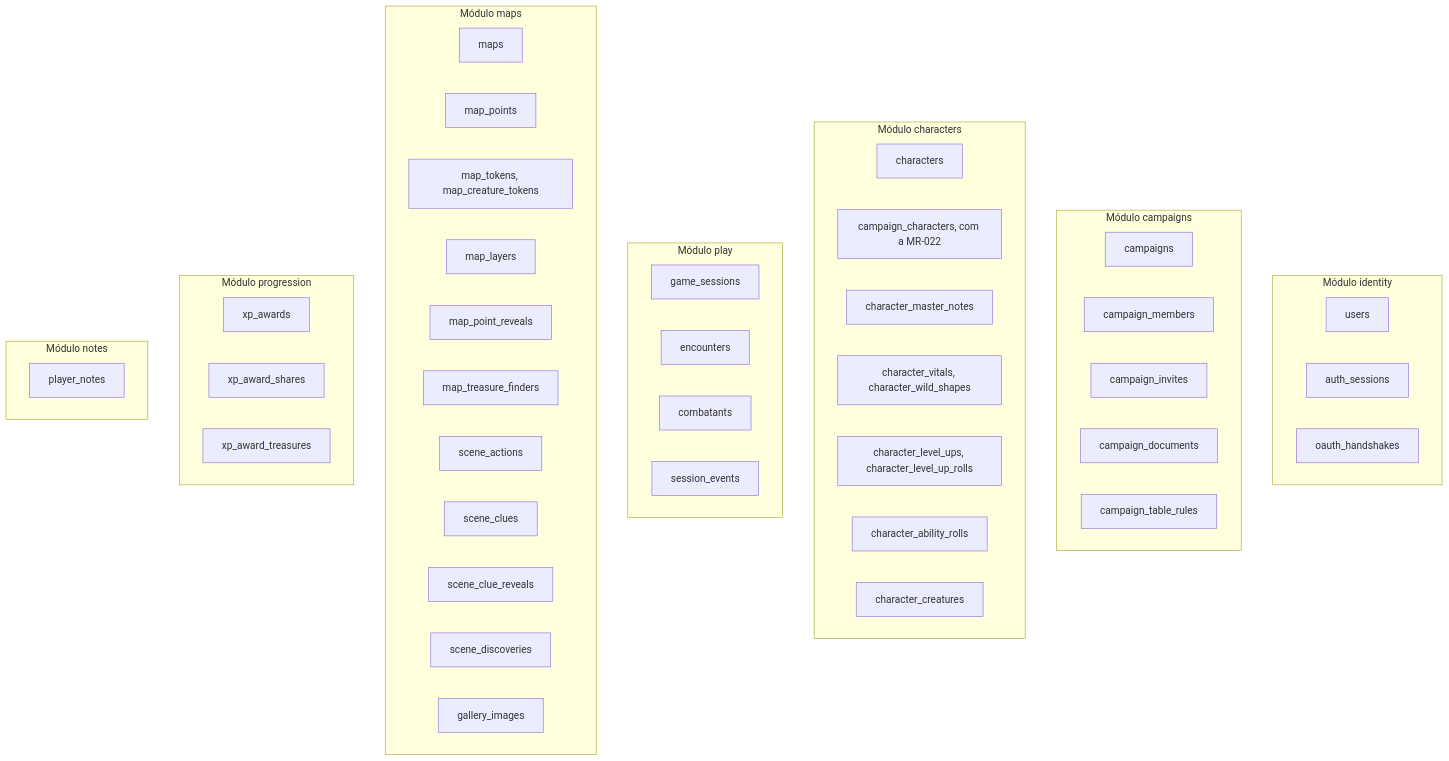
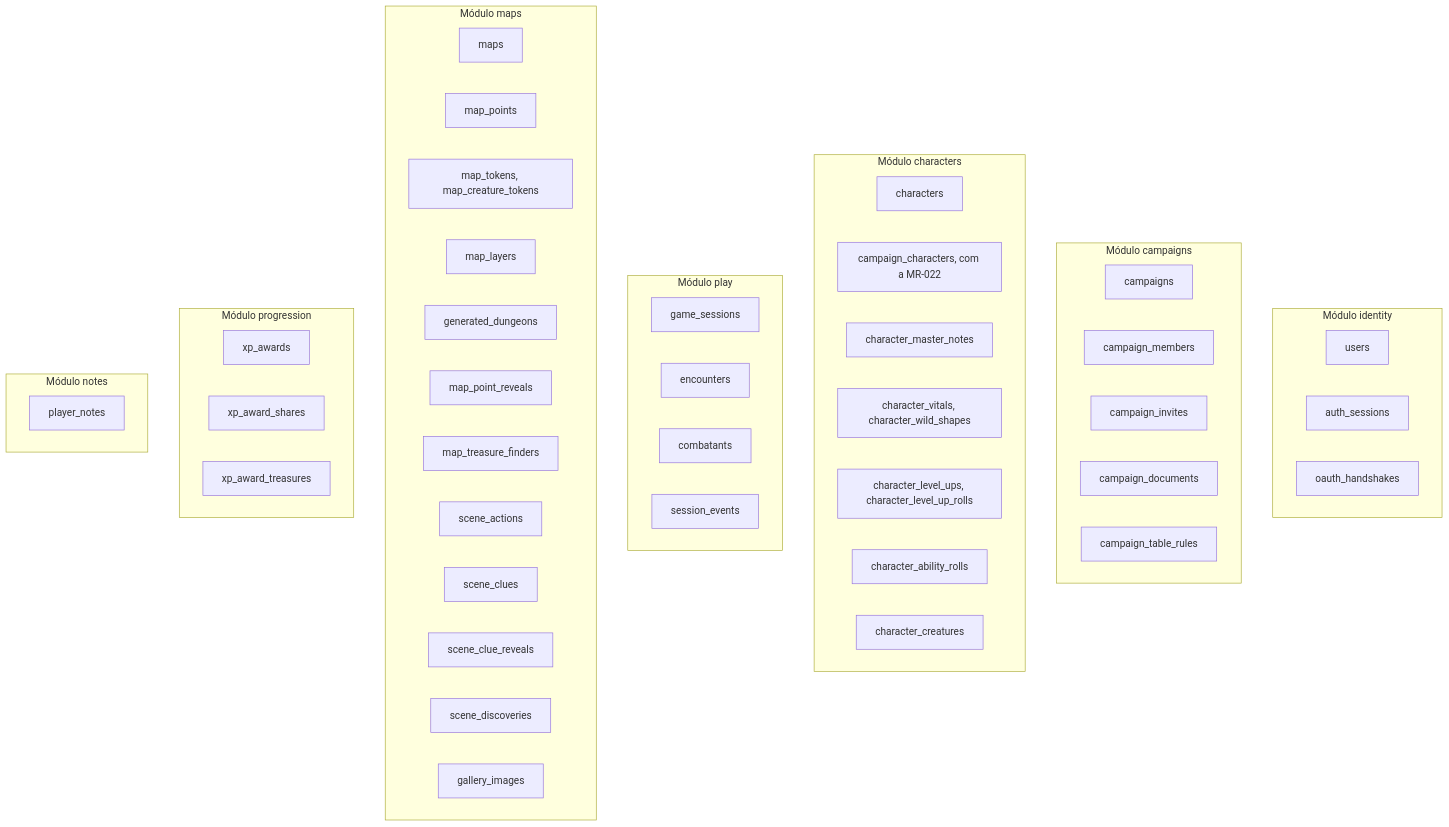
The second of 3 diagrams in docs/dados.md (PuraFome/meuRPG), drawn with Mermaid before and after one commit. The commit also changed other lines of this file and 27 other files, not shown here.

````diff
--- a/docs/dados.md
+++ b/docs/dados.md
@@ -319,57 +319,58 @@
 ```mermaid
 flowchart TD
     subgraph identity["Módulo identity"]
         t_users["users"]
         t_auth_sessions["auth_sessions"]
         t_oauth_handshakes["oauth_handshakes"]
     end
 
     subgraph campaigns_mod["Módulo campaigns"]
         t_campaigns["campaigns"]
         t_campaign_members["campaign_members"]
         t_campaign_invites["campaign_invites"]
         t_campaign_documents["campaign_documents"]
         t_campaign_table_rules["campaign_table_rules"]
     end
 
     subgraph characters_mod["Módulo characters"]
         t_characters["characters"]
         t_campaign_characters["campaign_characters, com a MR-022"]
         t_character_master_notes["character_master_notes"]
         t_character_vitals["character_vitals, character_wild_shapes"]
         t_character_level_ups["character_level_ups, character_level_up_rolls"]
         t_character_ability_rolls["character_ability_rolls"]
         t_character_creatures["character_creatures"]
     end
 
     subgraph play["Módulo play"]
         t_game_sessions["game_sessions"]
         t_encounters["encounters"]
         t_combatants["combatants"]
         t_session_events["session_events"]
     end
 
     subgraph maps_mod["Módulo maps"]
         t_maps["maps"]
         t_map_points["map_points"]
         t_map_tokens["map_tokens, map_creature_tokens"]
         t_map_layers["map_layers"]
+        t_generated_dungeons["generated_dungeons"]
         t_map_point_reveals["map_point_reveals"]
         t_map_treasure_finders["map_treasure_finders"]
         t_scene_actions["scene_actions"]
         t_scene_clues["scene_clues"]
         t_scene_clue_reveals["scene_clue_reveals"]
         t_scene_discoveries["scene_discoveries"]
         t_gallery_images["gallery_images"]
     end
 
     subgraph progression["Módulo progression"]
         t_xp_awards["xp_awards"]
         t_xp_award_shares["xp_award_shares"]
         t_xp_award_treasures["xp_award_treasures"]
     end
 
     subgraph notes_mod["Módulo notes"]
         t_player_notes["player_notes"]
     end
 ```
````
